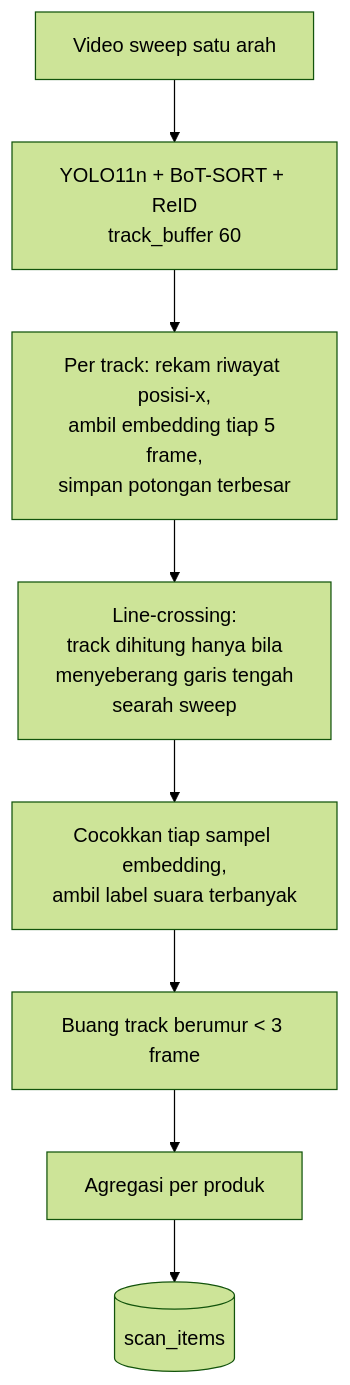
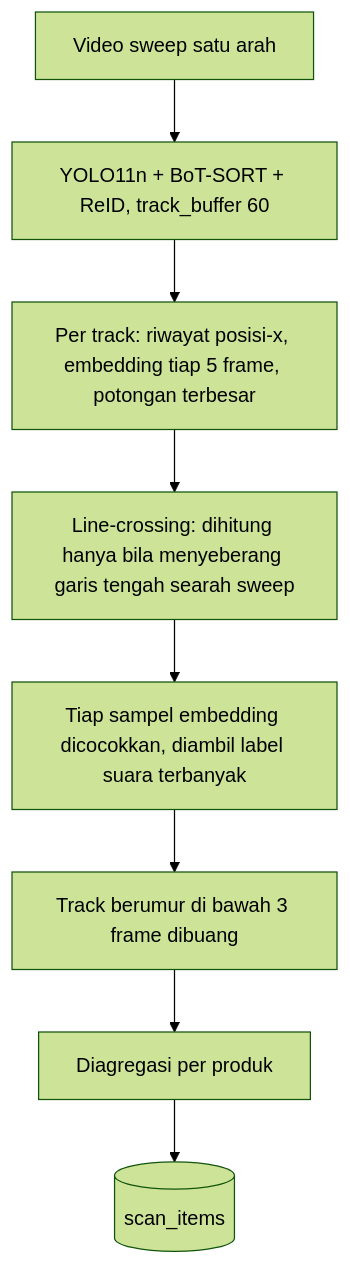
The fifth of 11 diagrams in docs/proposal/DRAFT-PROPOSAL.md (marshal-rizky/Stocklens), drawn with Mermaid (forest theme) before and after one commit. The commit also changed other lines of this file and 2 other files, not shown here.

````diff
--- a/docs/proposal/DRAFT-PROPOSAL.md
+++ b/docs/proposal/DRAFT-PROPOSAL.md
@@ -226,10 +217,12 @@
 ```mermaid
 flowchart TB
-    V1["Video sweep satu arah"] --> V2["YOLO11n + BoT-SORT + ReID<br/>track_buffer 60"]
-    V2 --> V3["Per track: rekam riwayat posisi-x,<br/>ambil embedding tiap 5 frame,<br/>simpan potongan terbesar"]
-    V3 --> V4["Line-crossing:<br/>track dihitung hanya bila<br/>menyeberang garis tengah<br/>searah sweep"]
-    V4 --> V5["Cocokkan tiap sampel embedding,<br/>ambil label suara terbanyak"]
-    V5 --> V6["Buang track berumur < 3 frame"]
-    V6 --> V7["Agregasi per produk"]
-    V7 --> V8[("scan_items")]
+    V1["Video sweep satu arah"]
+    V2["YOLO11n + BoT-SORT + ReID, track_buffer 60"]
+    V3["Per track: riwayat posisi-x, embedding tiap 5 frame, potongan terbesar"]
+    V4["Line-crossing: dihitung hanya bila menyeberang garis tengah searah sweep"]
+    V5["Tiap sampel embedding dicocokkan, diambil label suara terbanyak"]
+    V6["Track berumur di bawah 3 frame dibuang"]
+    V7["Diagregasi per produk"]
+    V8[("scan_items")]
+    V1 --> V2 --> V3 --> V4 --> V5 --> V6 --> V7 --> V8
 ```
````
